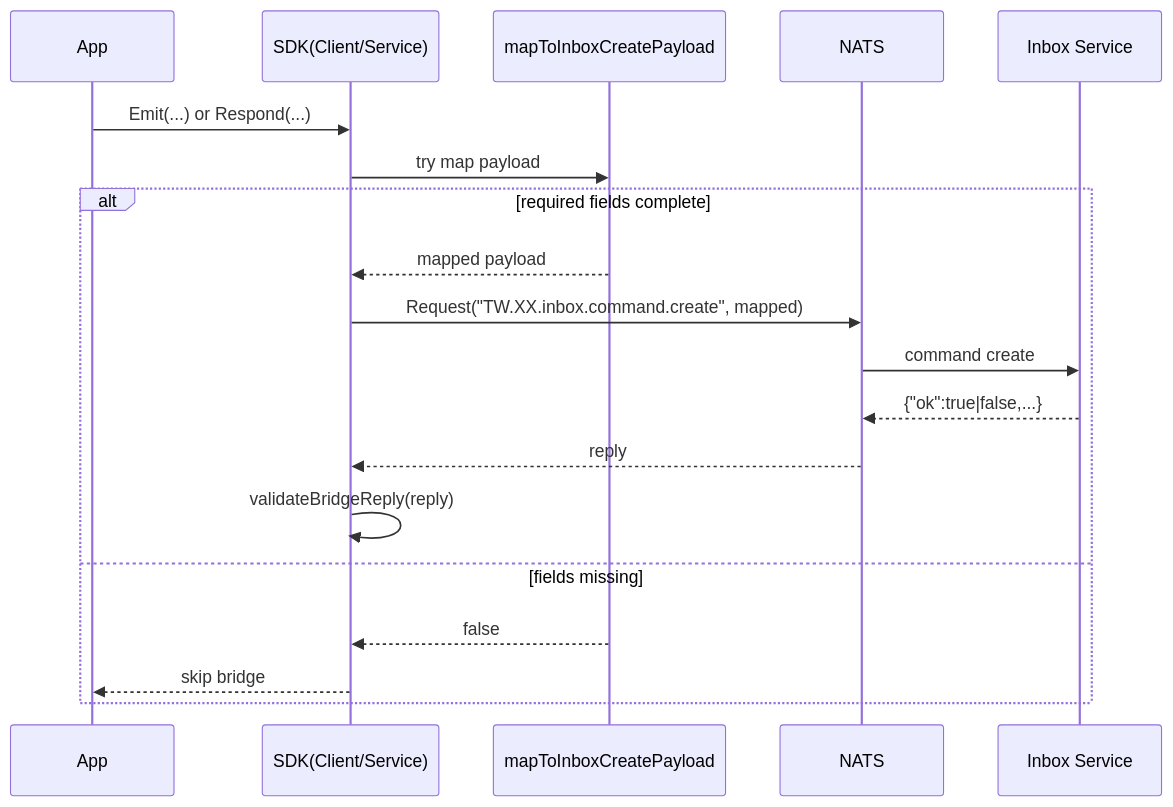
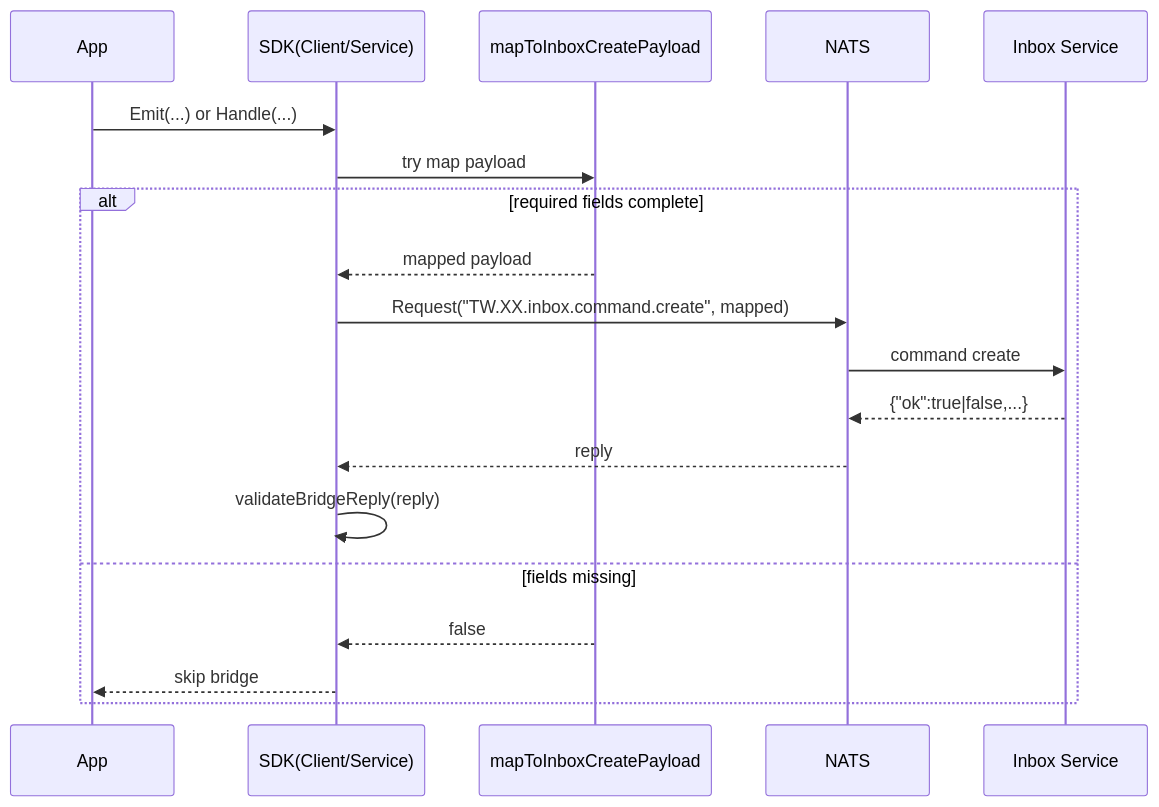
The third of 3 diagrams in doc/mermaid.md (include2md/eventsdk), drawn with Mermaid before and after one commit. The commit also changed 5 other files, not shown here.

First line of the commit message:
Rename `Respond` method to `Handle` across SDK for consistent terminology

````diff
--- a/doc/mermaid.md
+++ b/doc/mermaid.md
@@ -138,22 +138,22 @@
 ```mermaid
 sequenceDiagram
     participant App as App
     participant SDK as SDK(Client/Service)
     participant M as mapToInboxCreatePayload
     participant N as NATS
     participant Inbox as Inbox Service
 
-    App->>SDK: Emit(...) or Respond(...)
+    App->>SDK: Emit(...) or Handle(...)
     SDK->>M: try map payload
     alt required fields complete
         M-->>SDK: mapped payload
         SDK->>N: Request("TW.XX.inbox.command.create", mapped)
         N->>Inbox: command create
         Inbox-->>N: {"ok":true|false,...}
         N-->>SDK: reply
         SDK->>SDK: validateBridgeReply(reply)
     else fields missing
         M-->>SDK: false
         SDK-->>App: skip bridge
     end
 ```
````
